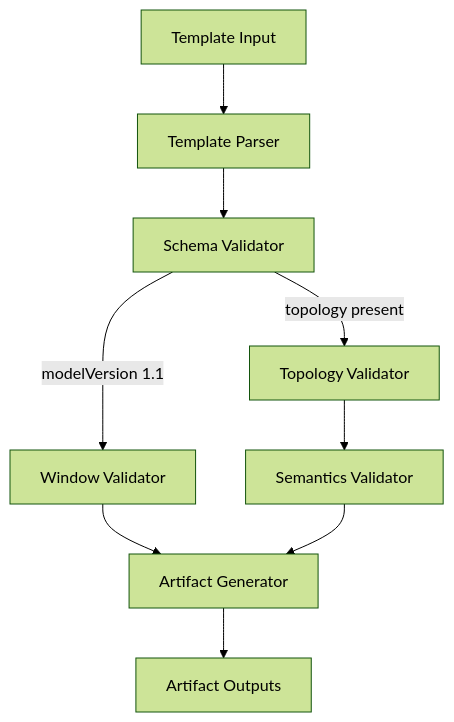
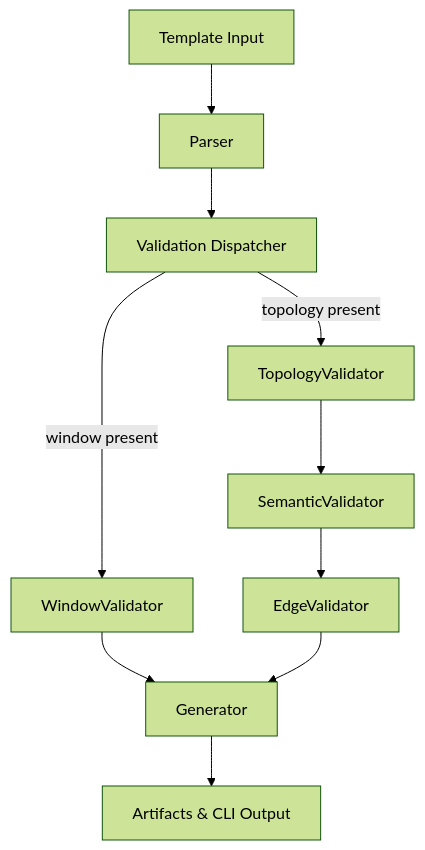
The diagram in docs/milestones/SIM-M3.0-time-travel-foundations.md (23min/FlowTime), drawn with Mermaid (forest theme) before and after one commit. The commit also changed other lines of this file and 5 other files, not shown here.

First line of the commit message:
feat(m3): update milestone docs and add template parser tests

````diff
--- a/docs/milestones/SIM-M3.0-time-travel-foundations.md
+++ b/docs/milestones/SIM-M3.0-time-travel-foundations.md
@@ -145,11 +140,12 @@
 ```mermaid
 flowchart TD
-    A[Template Input] --> B[Template Parser]
-    B --> C[Schema Validator]
-    C -->|modelVersion 1.1| D[Window Validator]
-    C -->|topology present| E[Topology Validator]
-    E --> F[Semantics Validator]
-    D --> G[Artifact Generator]
-    F --> G
-    G --> H[Artifact Outputs]
+    A[Template Input] --> B[Parser]
+    B --> C[Validation Dispatcher]
+    C -->|window present| D[WindowValidator]
+    C -->|topology present| E[TopologyValidator]
+    E --> F[SemanticValidator]
+    F --> G[EdgeValidator]
+    D --> H[Generator]
+    G --> H
+    H --> I[Artifacts & CLI Output]
 ```
````
